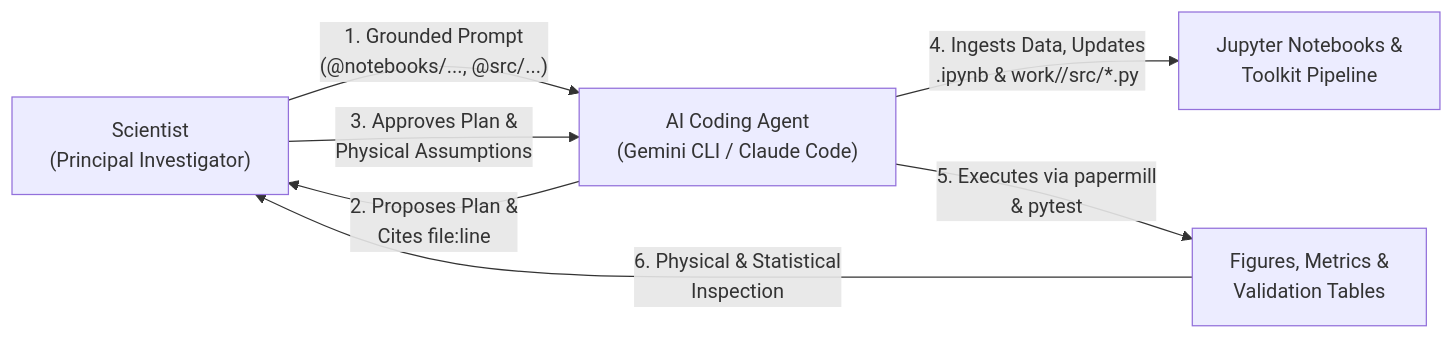
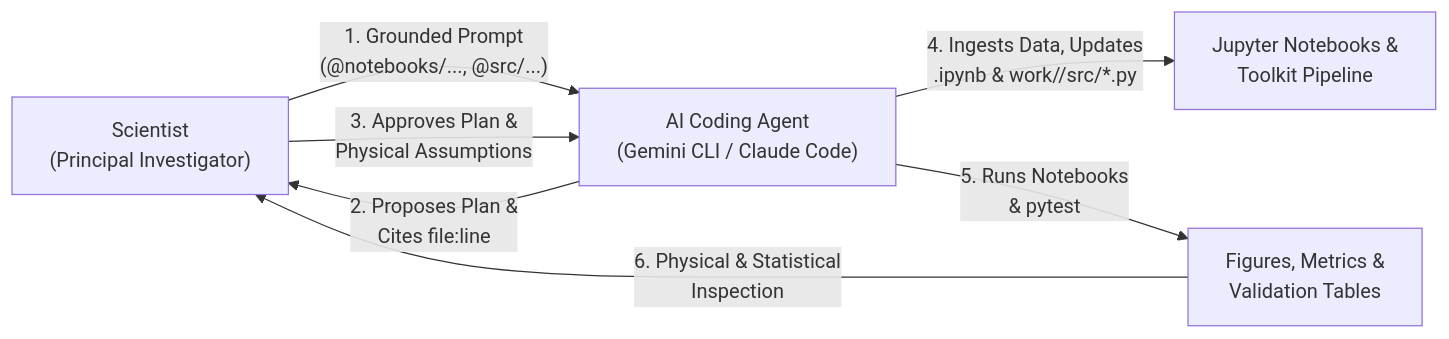
One commit to rramosp/helio-workshop changed the diagram in workshop-preparation.md. Above: the diagram before and after it, drawn with Mermaid. The commit also changed other lines of this file, not shown here.

````diff
--- a/workshop-preparation.md
+++ b/workshop-preparation.md
@@ -25,9 +21,9 @@
 ```mermaid
 flowchart LR
     Sci["Scientist<br/>(Principal Investigator)"] -->|"1. Grounded Prompt<br/>(@notebooks/..., @src/...)"| Agent["AI Coding Agent<br/>(Gemini CLI / Claude Code)"]
     Agent -->|"2. Proposes Plan &<br/>Cites file:line"| Sci
     Sci -->|"3. Approves Plan &<br/>Physical Assumptions"| Agent
     Agent -->|"4. Ingests Data, Updates<br/>.ipynb & work/<name>/src/*.py"| NB["Jupyter Notebooks &<br/>Toolkit Pipeline"]
-    Agent -->|"5. Executes via papermill<br/>& pytest"| Out["Figures, Metrics &<br/>Validation Tables"]
+    Agent -->|"5. Runs Notebooks<br/>& pytest"| Out["Figures, Metrics &<br/>Validation Tables"]
     Out -->|"6. Physical & Statistical<br/>Inspection"| Sci
 ```
````
